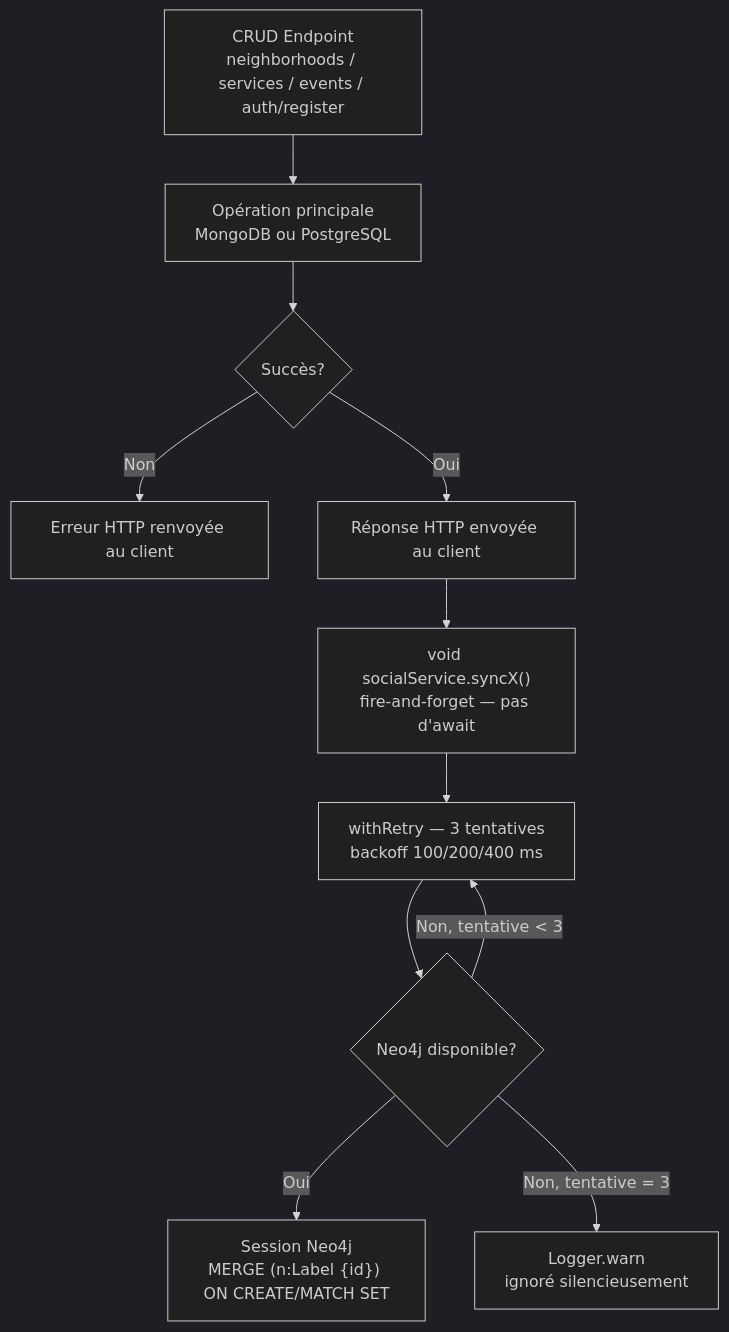
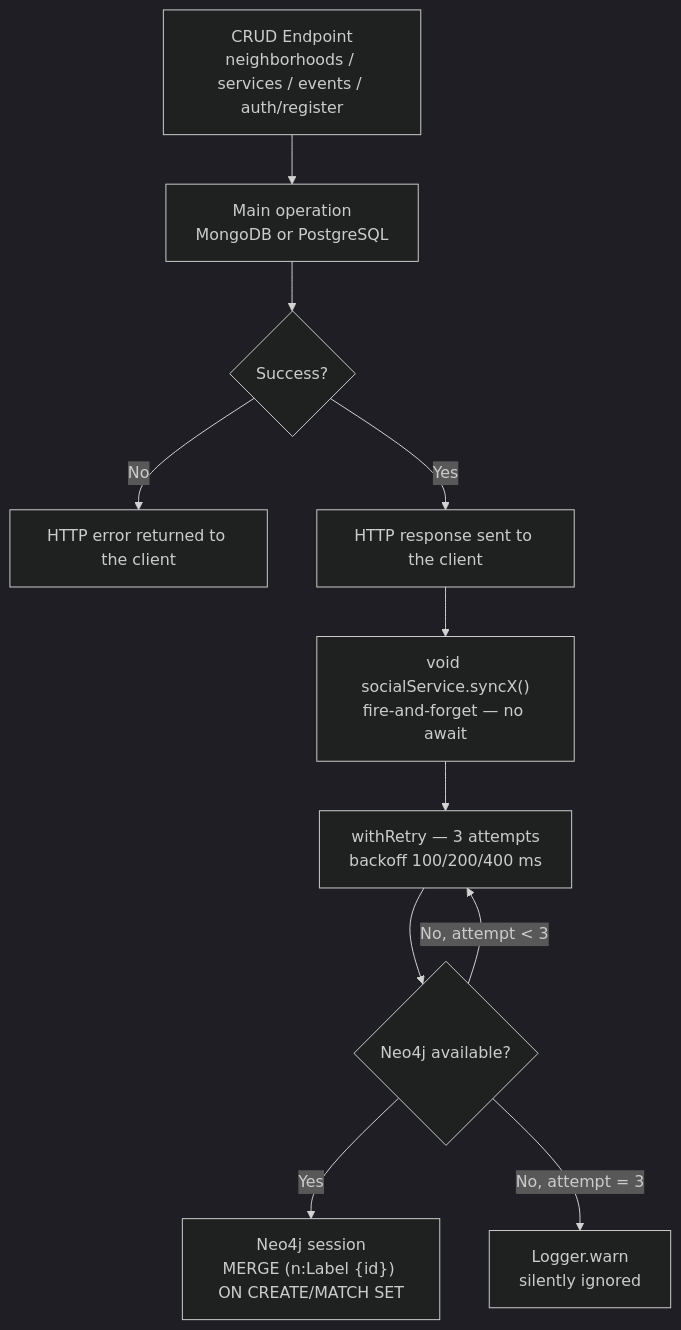
Before and after one commit to creibaud/QuartierConnect: the ninth of 21 diagrams in docs/ARCHITECTURE.md, drawn with Mermaid (dark theme). The commit also changed other lines of this file and 155 other files, not shown here.

````diff
--- a/docs/ARCHITECTURE.md
+++ b/docs/ARCHITECTURE.md
@@ -398,13 +400,13 @@
 ```mermaid
 flowchart TD
-    A["CRUD Endpoint<br/>neighborhoods / services / events / auth/register"] --> B["Opération principale<br/>MongoDB ou PostgreSQL"]
-    B --> C{Succès?}
-    C -->|Non| D[Erreur HTTP renvoyée au client]
-    C -->|Oui| E[Réponse HTTP envoyée au client]
-    E --> F["void socialService.syncX()<br/>fire-and-forget — pas d'await"]
-    F --> R["withRetry — 3 tentatives<br/>backoff 100/200/400 ms"]
-    R --> G{Neo4j disponible?}
-    G -->|Oui| H["Session Neo4j<br/>MERGE (n:Label {id}) ON CREATE/MATCH SET"]
-    G -->|Non, tentative < 3| R
-    G -->|Non, tentative = 3| I["Logger.warn<br/>ignoré silencieusement"]
+    A["CRUD Endpoint<br/>neighborhoods / services / events / auth/register"] --> B["Main operation<br/>MongoDB or PostgreSQL"]
+    B --> C{Success?}
+    C -->|No| D[HTTP error returned to the client]
+    C -->|Yes| E[HTTP response sent to the client]
+    E --> F["void socialService.syncX()<br/>fire-and-forget — no await"]
+    F --> R["withRetry — 3 attempts<br/>backoff 100/200/400 ms"]
+    R --> G{Neo4j available?}
+    G -->|Yes| H["Neo4j session<br/>MERGE (n:Label {id}) ON CREATE/MATCH SET"]
+    G -->|No, attempt < 3| R
+    G -->|No, attempt = 3| I["Logger.warn<br/>silently ignored"]
 ```
````
